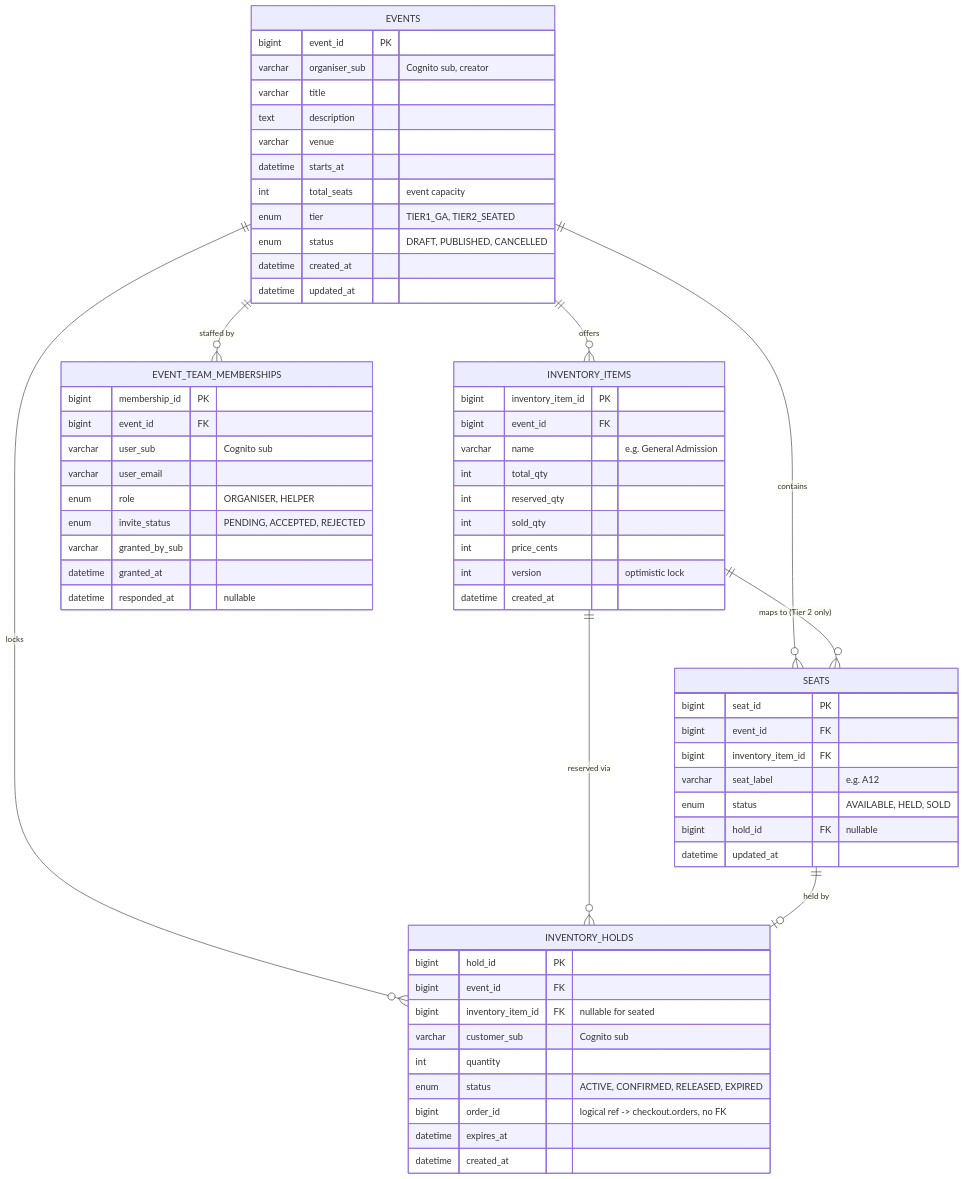
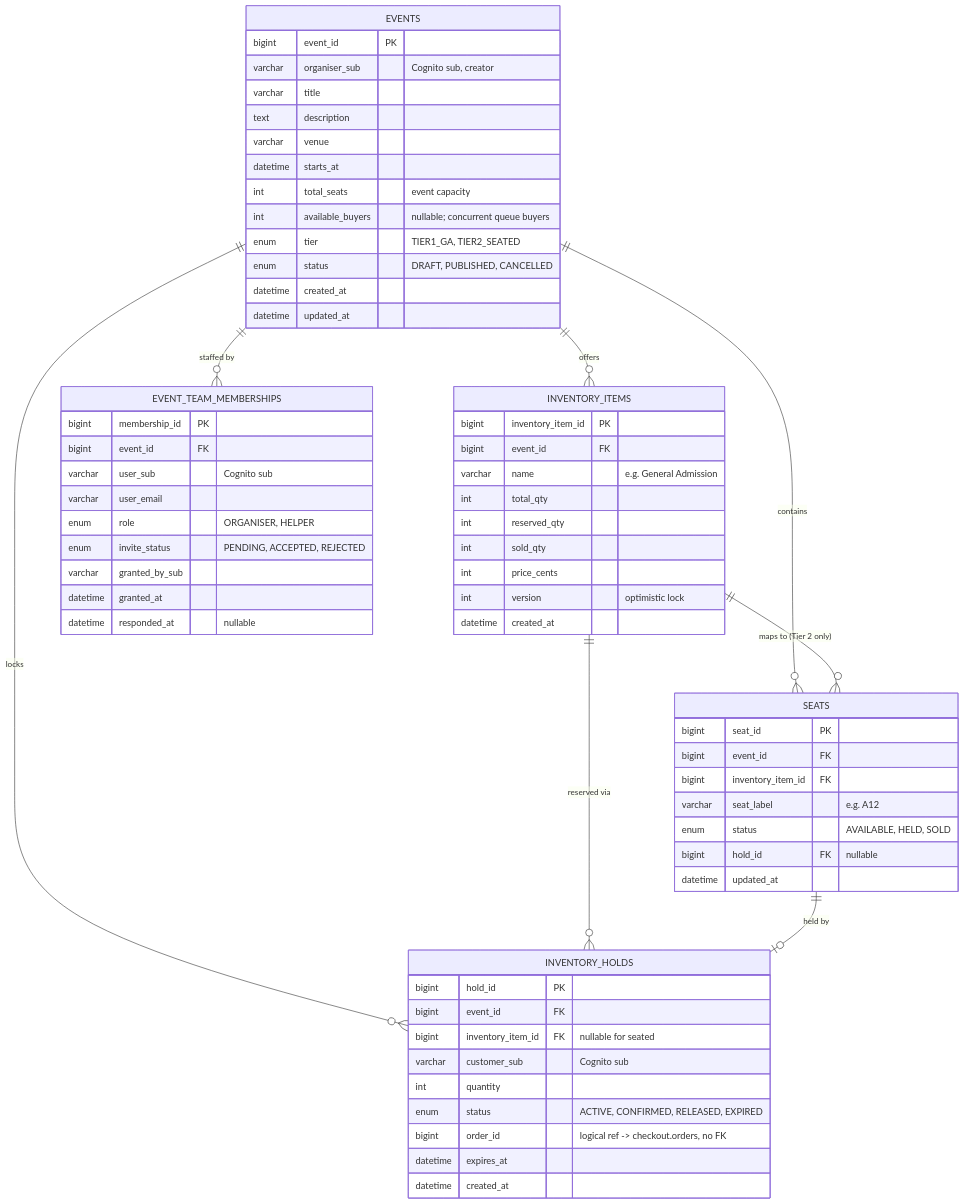
Before and after one commit to nus-mtech-grp1-sem2/backend-repo: the second of 10 diagrams in database/onestage-system-design.md, drawn with Mermaid. The commit also changed other lines of this file and 5 other files, not shown here.

````diff
--- a/database/onestage-system-design.md
+++ b/database/onestage-system-design.md
@@ -92,66 +92,67 @@
 ```mermaid
 erDiagram
     EVENTS ||--o{ INVENTORY_ITEMS : offers
     EVENTS ||--o{ SEATS : contains
     EVENTS ||--o{ EVENT_TEAM_MEMBERSHIPS : "staffed by"
     EVENTS ||--o{ INVENTORY_HOLDS : locks
     INVENTORY_ITEMS ||--o{ SEATS : "maps to (Tier 2 only)"
     INVENTORY_ITEMS ||--o{ INVENTORY_HOLDS : "reserved via"
     SEATS ||--o| INVENTORY_HOLDS : "held by"
 
     EVENTS {
         bigint event_id PK
         varchar organiser_sub "Cognito sub, creator"
         varchar title
         text description
         varchar venue
         datetime starts_at
         int total_seats "event capacity"
+        int available_buyers "nullable; concurrent queue buyers"
         enum tier "TIER1_GA, TIER2_SEATED"
         enum status "DRAFT, PUBLISHED, CANCELLED"
         datetime created_at
         datetime updated_at
     }
     EVENT_TEAM_MEMBERSHIPS {
         bigint membership_id PK
         bigint event_id FK
         varchar user_sub "Cognito sub"
         varchar user_email
         enum role "ORGANISER, HELPER"
         enum invite_status "PENDING, ACCEPTED, REJECTED"
         varchar granted_by_sub
         datetime granted_at
         datetime responded_at "nullable"
     }
     INVENTORY_ITEMS {
         bigint inventory_item_id PK
         bigint event_id FK
         varchar name "e.g. General Admission"
         int total_qty
         int reserved_qty
         int sold_qty
         int price_cents
         int version "optimistic lock"
         datetime created_at
     }
     SEATS {
         bigint seat_id PK
         bigint event_id FK
         bigint inventory_item_id FK
         varchar seat_label "e.g. A12"
         enum status "AVAILABLE, HELD, SOLD"
         bigint hold_id FK "nullable"
         datetime updated_at
     }
     INVENTORY_HOLDS {
         bigint hold_id PK
         bigint event_id FK
         bigint inventory_item_id FK "nullable for seated"
         varchar customer_sub "Cognito sub"
         int quantity
         enum status "ACTIVE, CONFIRMED, RELEASED, EXPIRED"
         bigint order_id "logical ref -> checkout.orders, no FK"
         datetime expires_at
         datetime created_at
     }
 ```
````
